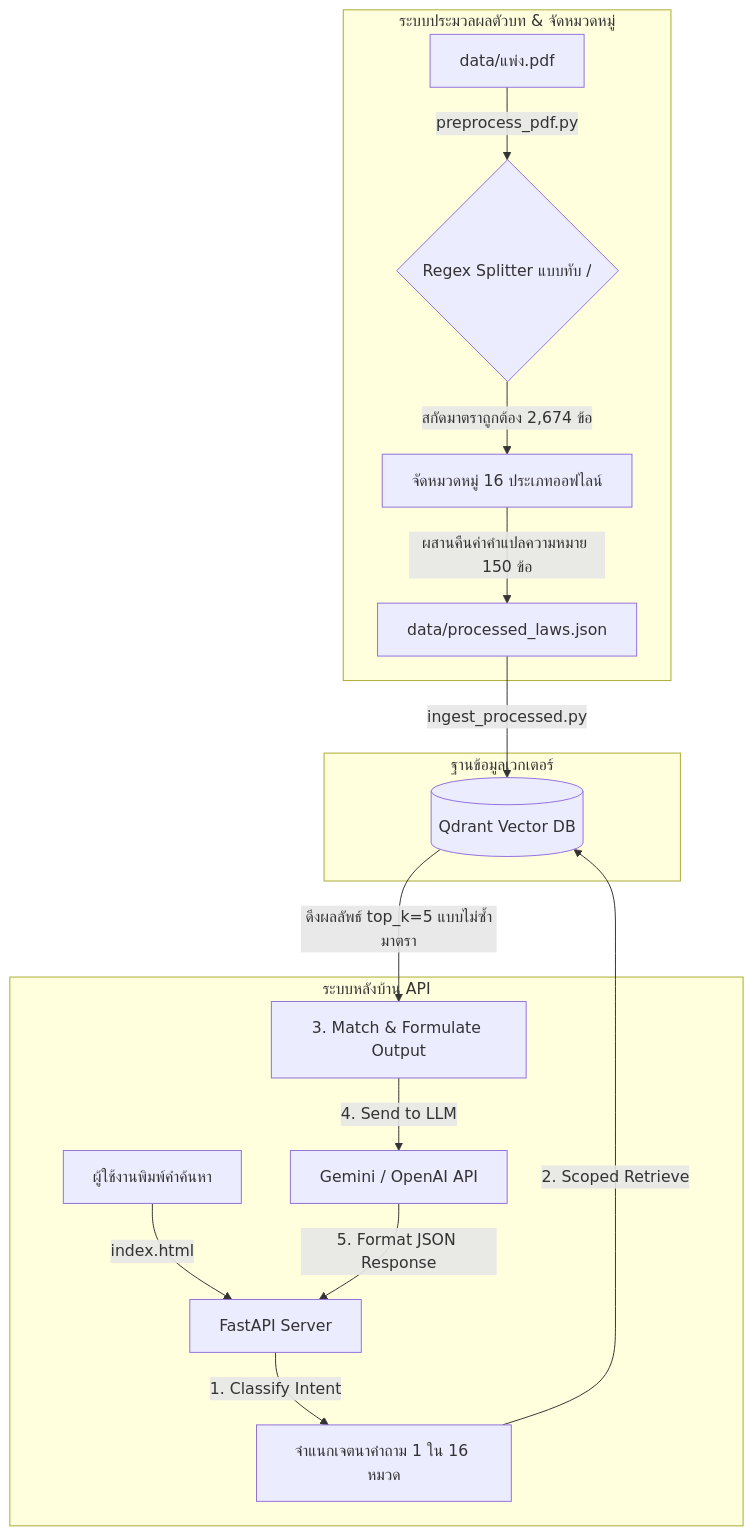
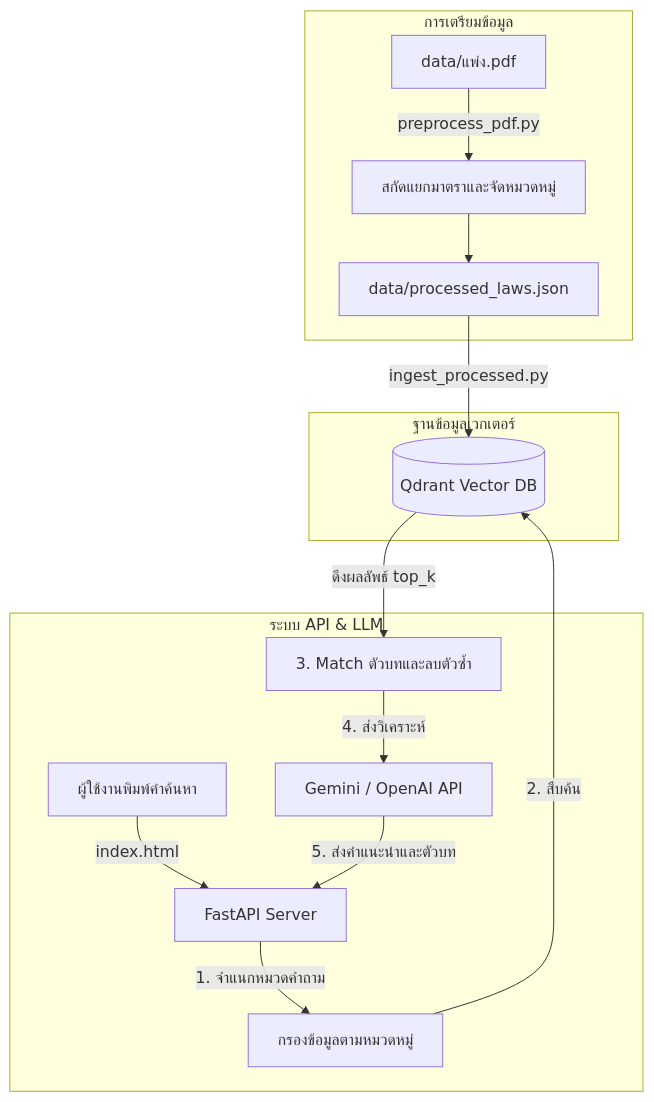
Before and after one commit to Name-RT/RAG_civilLaw: the diagram in README.md, drawn with Mermaid. The commit also changed other lines of this file and 1 other file, not shown here.

````diff
--- a/README.md
+++ b/README.md
@@ -32,21 +37,20 @@
 ```mermaid
 flowchart TD
-    subgraph Data Pipeline [ระบบประมวลผลตัวบท & จัดหมวดหมู่]
-        A[data/แพ่ง.pdf] -->|preprocess_pdf.py| B{Regex Splitter แบบทับ /}
-        B -->|สกัดมาตราถูกต้อง 2,674 ข้อ| C[จัดหมวดหมู่ 16 ประเภทออฟไลน์]
-        C -->|ผสานคืนค่าคำแปลความหมาย 150 ข้อ| D[data/processed_laws.json]
+    subgraph Data Pipeline [การเตรียมข้อมูล]
+        A[data/แพ่ง.pdf] -->|preprocess_pdf.py| B[สกัดแยกมาตราและจัดหมวดหมู่]
+        B --> D[data/processed_laws.json]
     end
 
     subgraph Vector Database [ฐานข้อมูลเวกเตอร์]
         D -->|ingest_processed.py| E[(Qdrant Vector DB)]
     end
 
-    subgraph Backend Service [ระบบหลังบ้าน API]
+    subgraph Backend Service [ระบบ API & LLM]
         F[ผู้ใช้งานพิมพ์คำค้นหา] -->|index.html| G[FastAPI Server]
-        G -->|1. Classify Intent| H[จำแนกเจตนาคำถาม 1 ใน 16 หมวด]
-        H -->|2. Scoped Retrieve| E
-        E -->|ดึงผลลัพธ์ top_k=5 แบบไม่ซ้ำมาตรา| I[3. Match & Formulate Output]
-        I -->|4. Send to LLM| J[Gemini / OpenAI API]
-        J -->|5. Format JSON Response| G
+        G -->|1. จำแนกหมวดคำถาม| H[กรองข้อมูลตามหมวดหมู่]
+        H -->|2. สืบค้น| E
+        E -->|ดึงผลลัพธ์ top_k| I[3. Match ตัวบทและลบตัวซ้ำ]
+        I -->|4. ส่งวิเคราะห์| J[Gemini / OpenAI API]
+        J -->|5. ส่งคำแนะนำและตัวบท| G
     end
 ```
````
